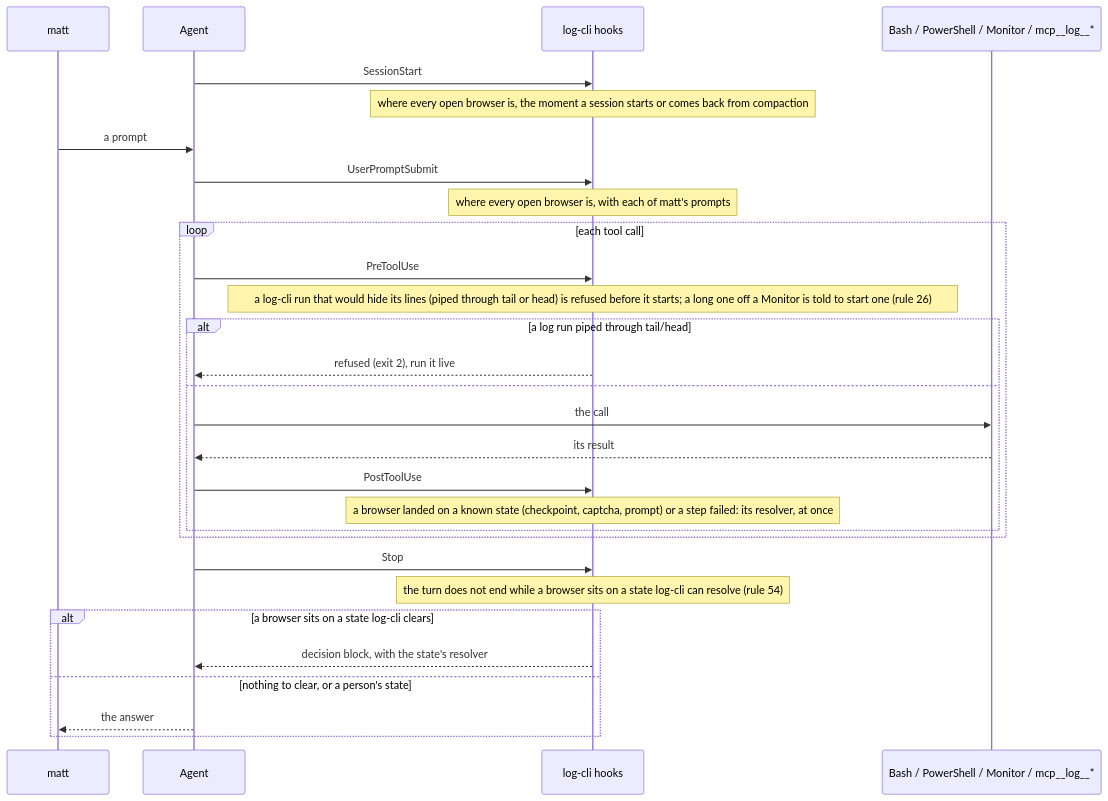
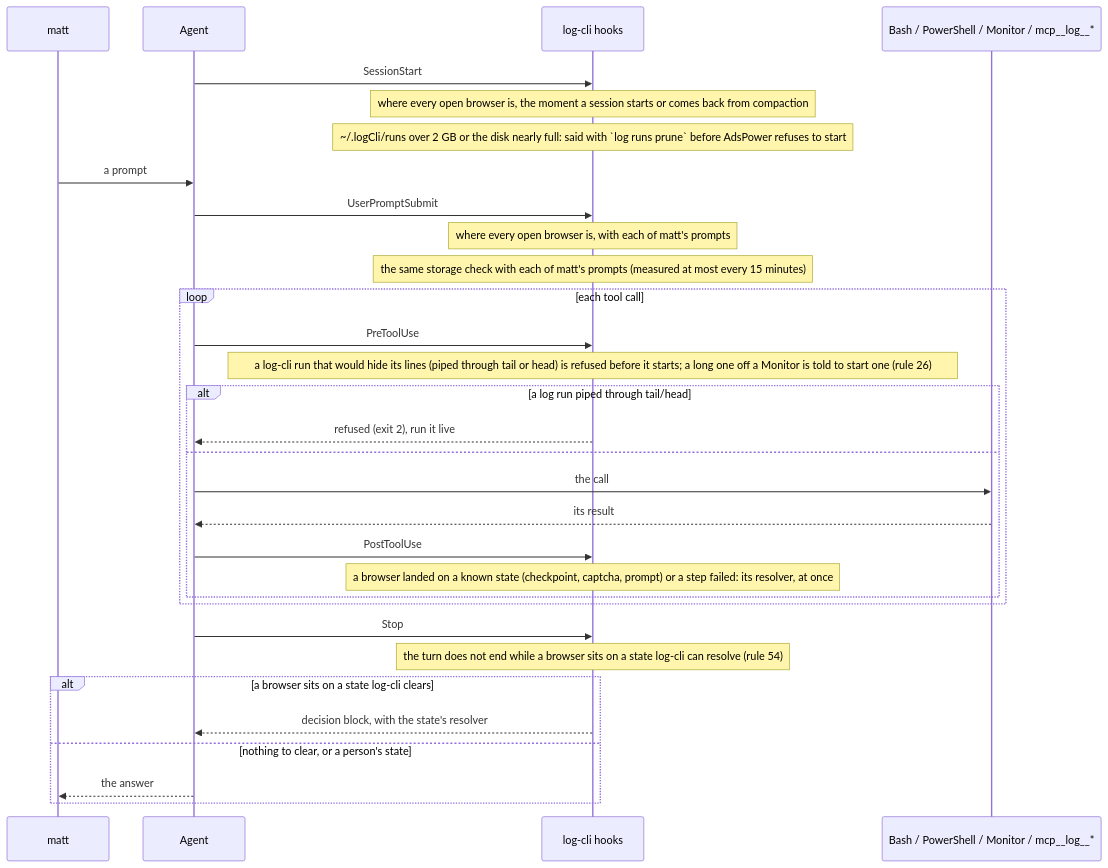
One commit to matthewdonsemail-lab/log changed the diagram in docs/diagrams/hooks.mmd. Above: the diagram before and after it, drawn with Mermaid. The commit also changed 105 other files, not shown here.

Commit message:
feat: runs are pruned once analysed (rule 66), Messenger's PIN is asked and kept (rule 67), the five warm-up stages are flows

```diff
--- a/docs/diagrams/hooks.mmd
+++ b/docs/diagrams/hooks.mmd
@@ -1,31 +1,33 @@
 %% The hooks in one turn. Written from `AGENT_HOOKS` (`src/agentHooks/registry`); the same list gives Claude Code's `.claude/settings.json` and Codex's `.codex/hooks.json`.
 %% Written by `bun run docs:build` from the code (rule 56). Not edited by hand.
 sequenceDiagram
   participant matt
   participant Agent
   participant Hook as log-cli hooks
   participant Tool as Bash / PowerShell / Monitor / mcp__log__*
   Agent->>Hook: SessionStart
   Note over Hook: where every open browser is, the moment a session starts or comes back from compaction
+  Note over Hook: ~/.logCli/runs over 2 GB or the disk nearly full: said with `log runs prune` before AdsPower refuses to start
   matt->>Agent: a prompt
   Agent->>Hook: UserPromptSubmit
   Note over Hook: where every open browser is, with each of matt's prompts
+  Note over Hook: the same storage check with each of matt's prompts (measured at most every 15 minutes)
   loop each tool call
     Agent->>Hook: PreToolUse
     Note over Hook: a log-cli run that would hide its lines (piped through tail or head) is refused before it starts#59; a long one off a Monitor is told to start one (rule 26)
     alt a log run piped through tail/head
       Hook-->>Agent: refused (exit 2), run it live
     else
       Agent->>Tool: the call
       Tool-->>Agent: its result
       Agent->>Hook: PostToolUse
     Note over Hook: a browser landed on a known state (checkpoint, captcha, prompt) or a step failed: its resolver, at once
     end
   end
   Agent->>Hook: Stop
   Note over Hook: the turn does not end while a browser sits on a state log-cli can resolve (rule 54)
   alt a browser sits on a state log-cli clears
     Hook-->>Agent: decision block, with the state's resolver
   else nothing to clear, or a person's state
     Agent-->>matt: the answer
   end
```
